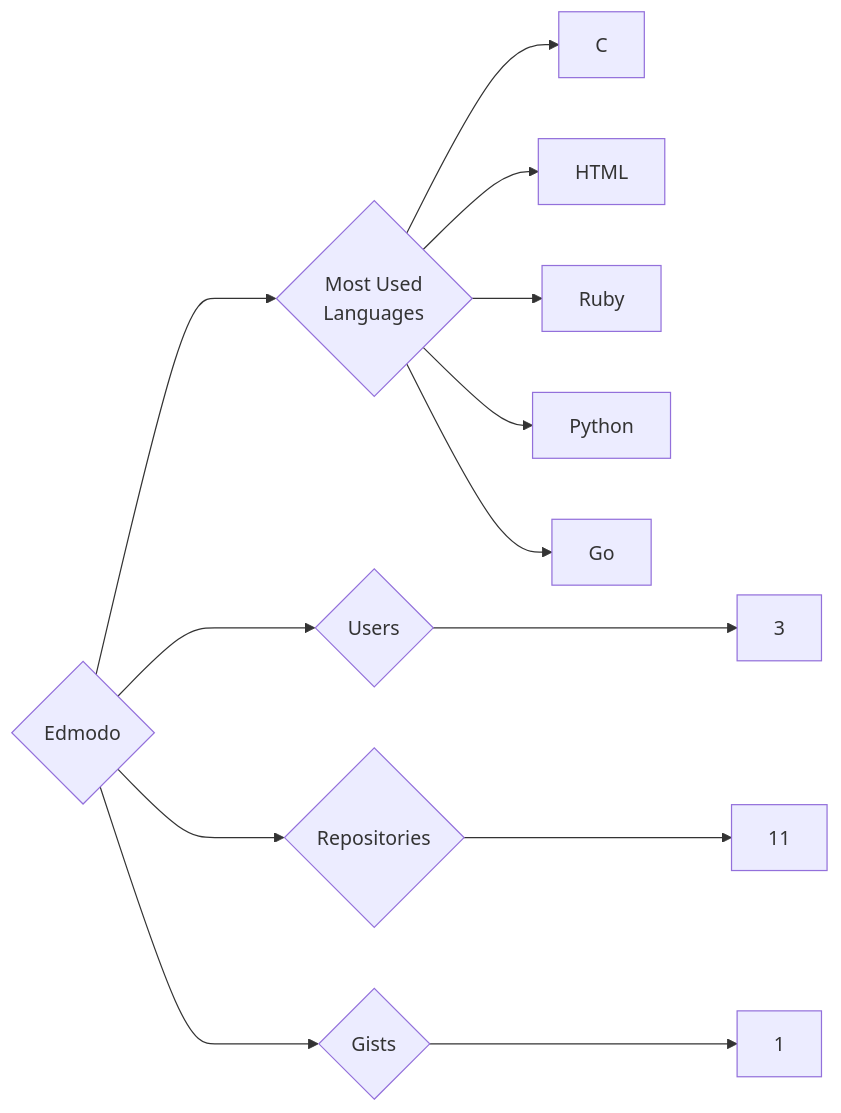
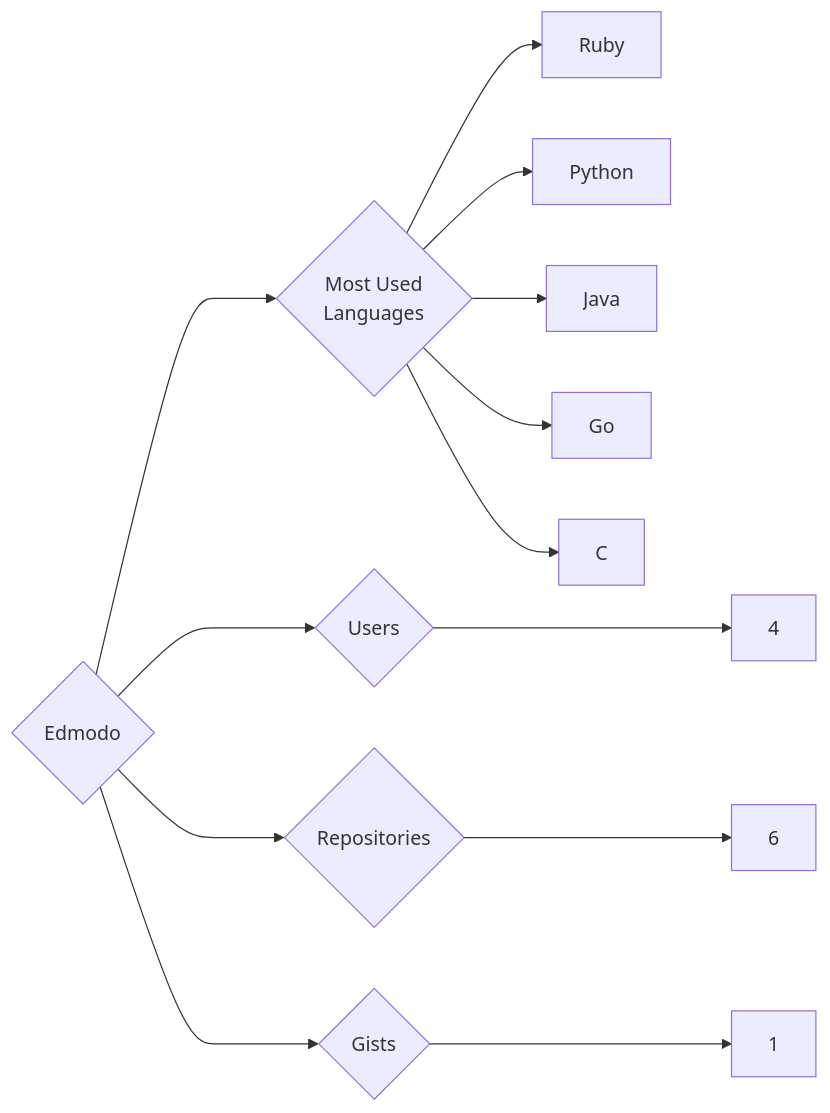
The diagram in targets/Edmodo/README.md (trickest/insiders), drawn with Mermaid before and after one commit. The commit also changed 752 other files, not shown here.

````diff
--- a/targets/Edmodo/README.md
+++ b/targets/Edmodo/README.md
@@ -3,13 +3,13 @@
 ```mermaid
 graph LR
 COMPANY_NAME{Edmodo}
-COMPANY_NAME ---> U{Users} ---> UN[3]
-COMPANY_NAME ---> R{Repositories} ---> RN[11]
+COMPANY_NAME ---> U{Users} ---> UN[4]
+COMPANY_NAME ---> R{Repositories} ---> RN[6]
 COMPANY_NAME ---> G{Gists} ---> GN[1]
 COMPANY_NAME ---> ML{Most Used<br>Languages}
-ML --> C[C]
-ML --> HTML[HTML]
 ML --> Ruby[Ruby]
 ML --> Python[Python]
+ML --> Java[Java]
 ML --> Go[Go]
+ML --> C[C]
 ```
````
